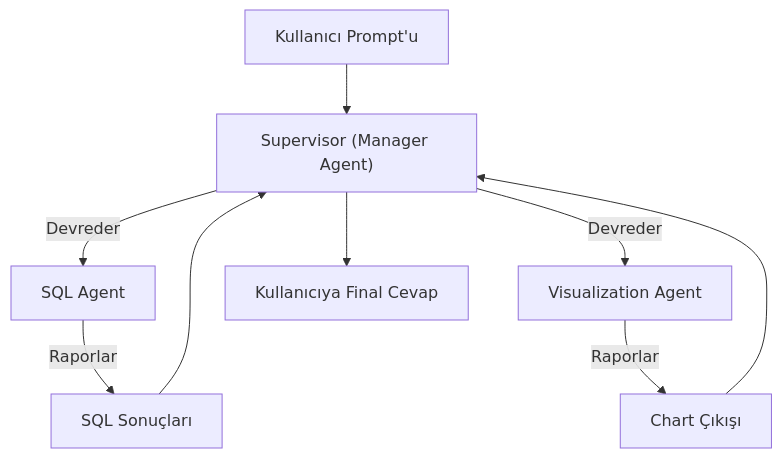
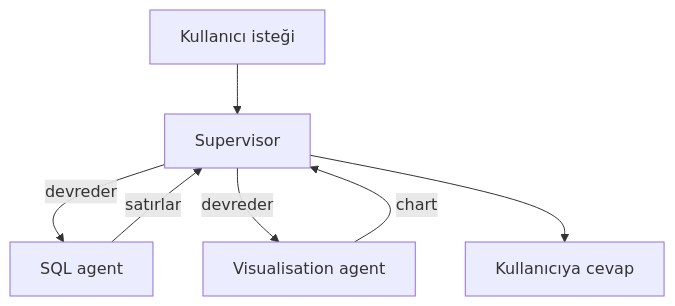
Before and after one commit to lokumai/ai-engineering-bazaar: the first of 2 diagrams in mini-courses/1_fundamentals/7_multi_agent_tr.md, drawn with Mermaid. The commit also changed other lines of this file and 7 other files, not shown here.

````diff
--- a/mini-courses/1_fundamentals/7_multi_agent_tr.md
+++ b/mini-courses/1_fundamentals/7_multi_agent_tr.md
@@ -124,11 +39,9 @@
 ```mermaid
 graph TD
-    A[Kullanıcı Prompt'u] --> B["Supervisor (Manager Agent)"]
-    B -->|Devreder| C[SQL Agent]
-    C -->|Raporlar| D[SQL Sonuçları]
-    D --> B
-    B -->|Devreder| E[Visualization Agent]
-    E -->|Raporlar| F[Chart Çıkışı]
-    F --> B
-    B --> G[Kullanıcıya Final Cevap]
+    A["Kullanıcı isteği"] --> B["Supervisor"]
+    B -->|devreder| C["SQL agent"]
+    C -->|satırlar| B
+    B -->|devreder| D["Visualisation agent"]
+    D -->|chart| B
+    B --> E["Kullanıcıya cevap"]
 ```
````
